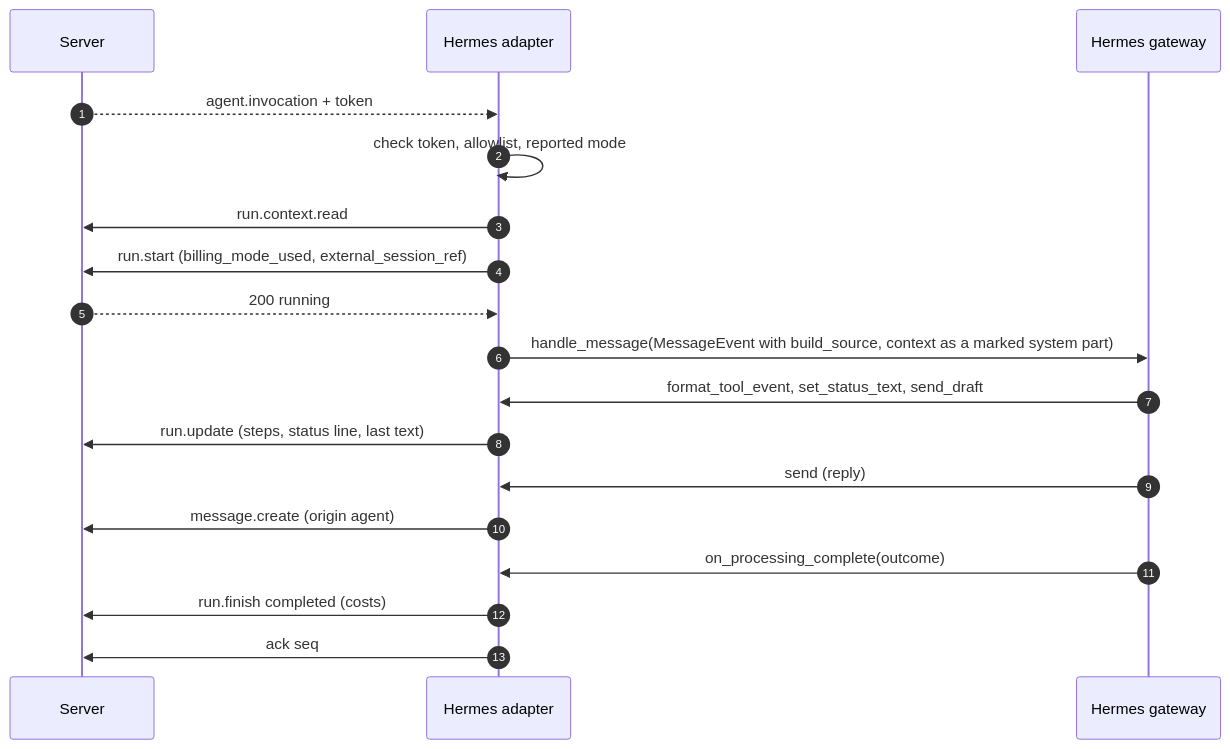
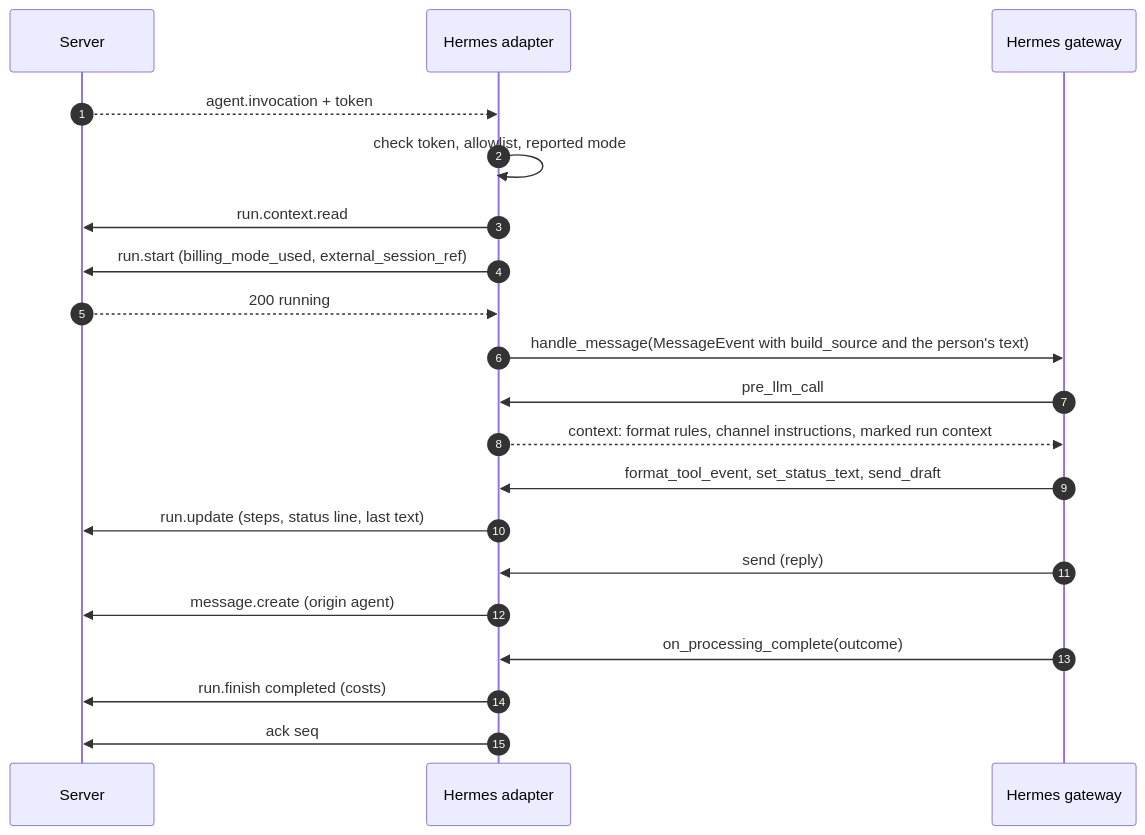
The sixth of 7 diagrams in docs/spec/09-agents.md (mguttmann/bothy), drawn with Mermaid before and after one commit. The commit also changed other lines of this file and 21 other files, not shown here.

First line of the commit message:
fix(hermes-adapter): deliver rules, channel instructions and context on the user side (#544)

````diff
--- a/docs/spec/09-agents.md
+++ b/docs/spec/09-agents.md
@@ -2500,20 +2506,22 @@
 ```mermaid
 sequenceDiagram
     autonumber
     participant S as Server
     participant P as Hermes adapter
     participant G as Hermes gateway
     S-->>P: agent.invocation + token
     P->>P: check token, allowlist, reported mode
     P->>S: run.context.read
     P->>S: run.start (billing_mode_used, external_session_ref)
     S-->>P: 200 running
-    P->>G: handle_message(MessageEvent with build_source, context as a marked system part)
+    P->>G: handle_message(MessageEvent with build_source and the person's text)
+    G->>P: pre_llm_call
+    P-->>G: context: format rules, channel instructions, marked run context
     G->>P: format_tool_event, set_status_text, send_draft
     P->>S: run.update (steps, status line, last text)
     G->>P: send (reply)
     P->>S: message.create (origin agent)
     G->>P: on_processing_complete(outcome)
     P->>S: run.finish completed (costs)
     P->>S: ack seq
 ```
````
